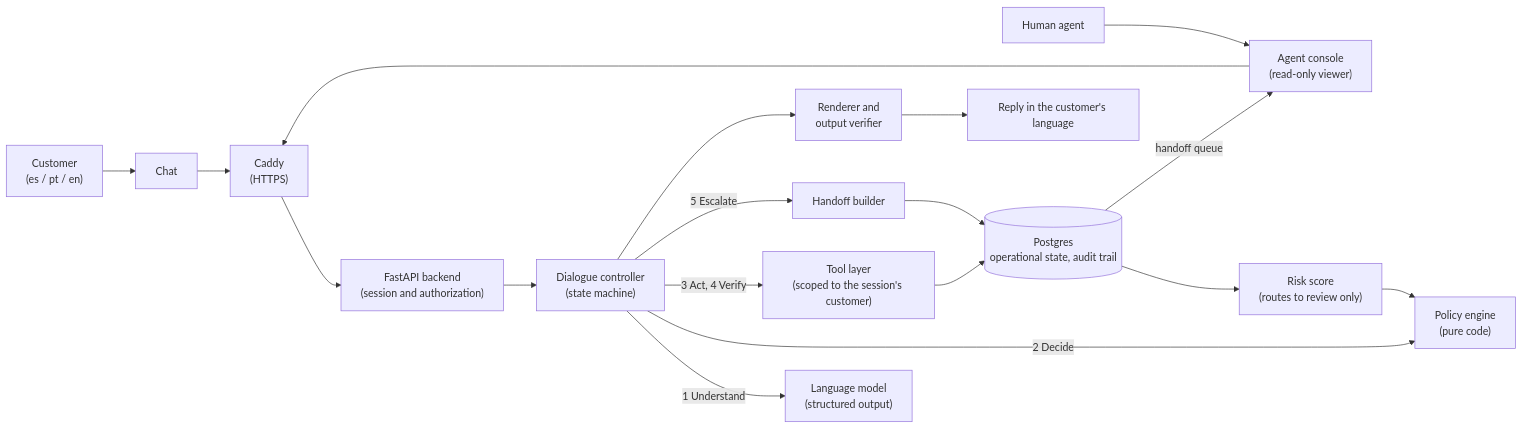
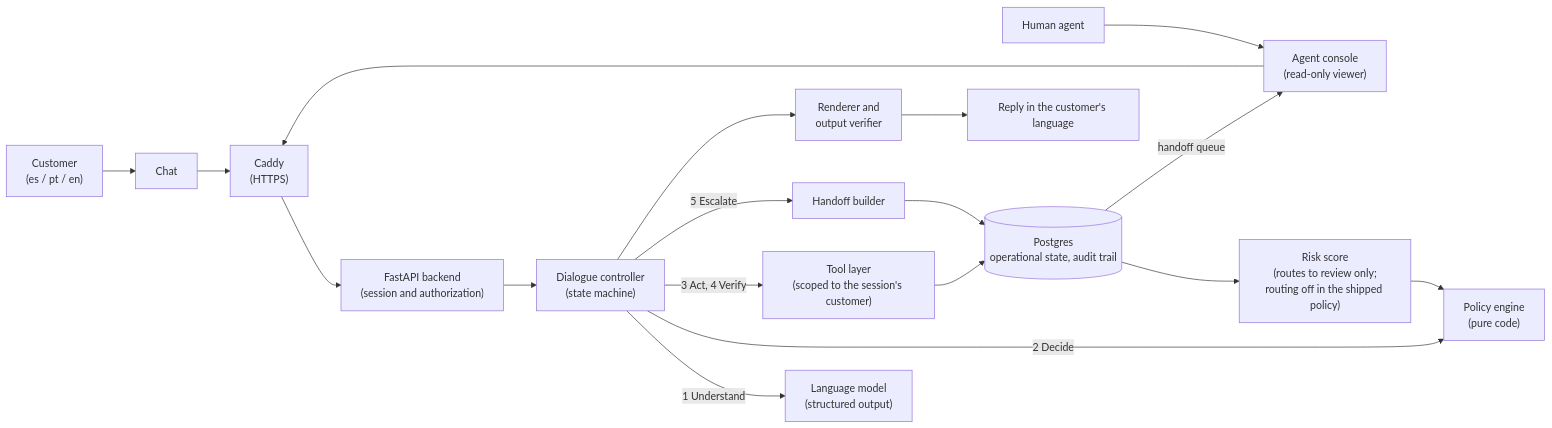
One commit to dannysmp/factored-hackathon-2026-icesi-ai changed the diagram in README.md. Above: the diagram before and after it, drawn with Mermaid.

Commit message:
docs(readme): Label the risk score as switched off in the shipped policy

````diff
--- a/README.md
+++ b/README.md
@@ -27,22 +27,22 @@
 ```mermaid
 flowchart LR
     customer["Customer<br/>(es / pt / en)"] --> chat["Chat"]
     agent["Human agent"] --> console["Agent console<br/>(read-only viewer)"]
     chat --> caddy["Caddy<br/>(HTTPS)"]
     console --> caddy
     caddy --> api["FastAPI backend<br/>(session and authorization)"]
     api --> controller["Dialogue controller<br/>(state machine)"]
 
     controller -- "1 Understand" --> nlu["Language model<br/>(structured output)"]
     controller -- "2 Decide" --> policy["Policy engine<br/>(pure code)"]
     controller -- "3 Act, 4 Verify" --> tools["Tool layer<br/>(scoped to the session's customer)"]
     controller -- "5 Escalate" --> handoff["Handoff builder"]
     controller --> render["Renderer and<br/>output verifier"]
 
     tools --> db[("Postgres<br/>operational state, audit trail")]
     handoff --> db
-    db --> risk["Risk score<br/>(routes to review only)"]
+    db --> risk["Risk score<br/>(routes to review only;<br/>routing off in the shipped policy)"]
     risk --> policy
     db -- "handoff queue" --> console
     render --> reply["Reply in the customer's language"]
 ```
````
